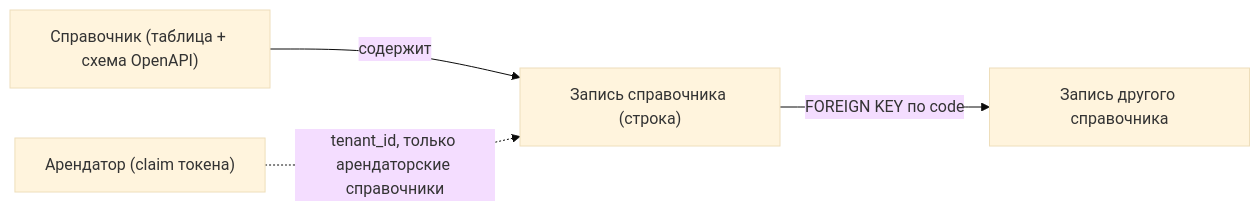
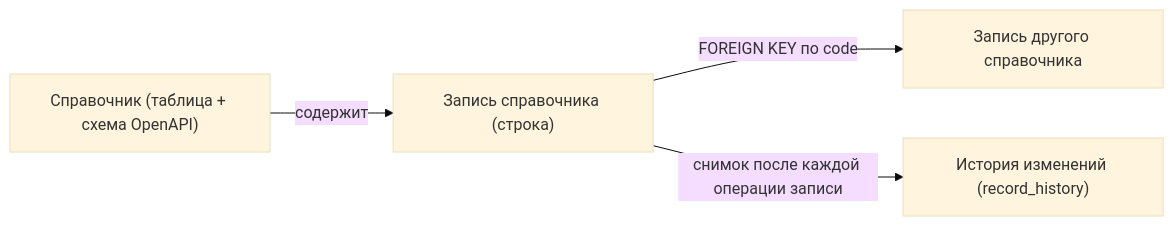
The first of 2 diagrams in reference-manager/docs/block-b-domain-analysis/050.entities.md (MEPhI-C22-501/arch-info-system-monorepo), drawn with Mermaid (base theme) before and after one commit. The commit also changed other lines of this file and 26 other files, not shown here.

First line of the commit message:
docs(reference-manager): add record history, drop multi-tenancy, define CRUXD roles

````diff
--- a/reference-manager/docs/block-b-domain-analysis/050.entities.md
+++ b/reference-manager/docs/block-b-domain-analysis/050.entities.md
@@ -10,6 +10,6 @@
 ```mermaid
 flowchart LR
     CAT["Справочник (таблица + схема OpenAPI)"] -->|"содержит"| REC["Запись справочника (строка)"]
     REC -->|"FOREIGN KEY по code"| REC2["Запись другого справочника"]
-    TEN["Арендатор (claim токена)"] -.->|"tenant_id, только арендаторские справочники"| REC
+    REC -->|"снимок после каждой операции записи"| HIST["История изменений (record_history)"]
 ```
````
